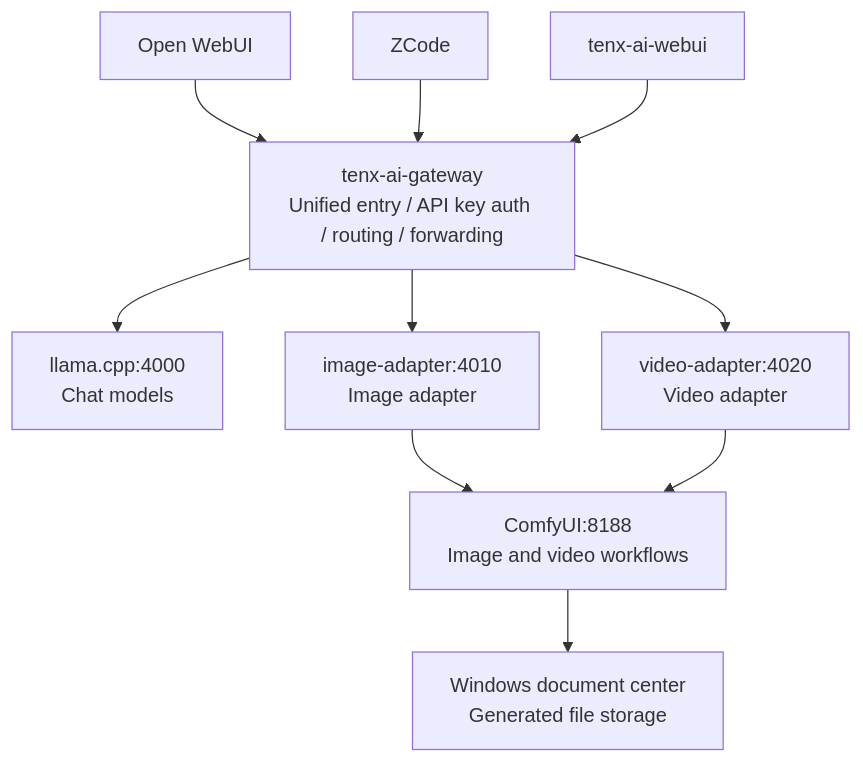
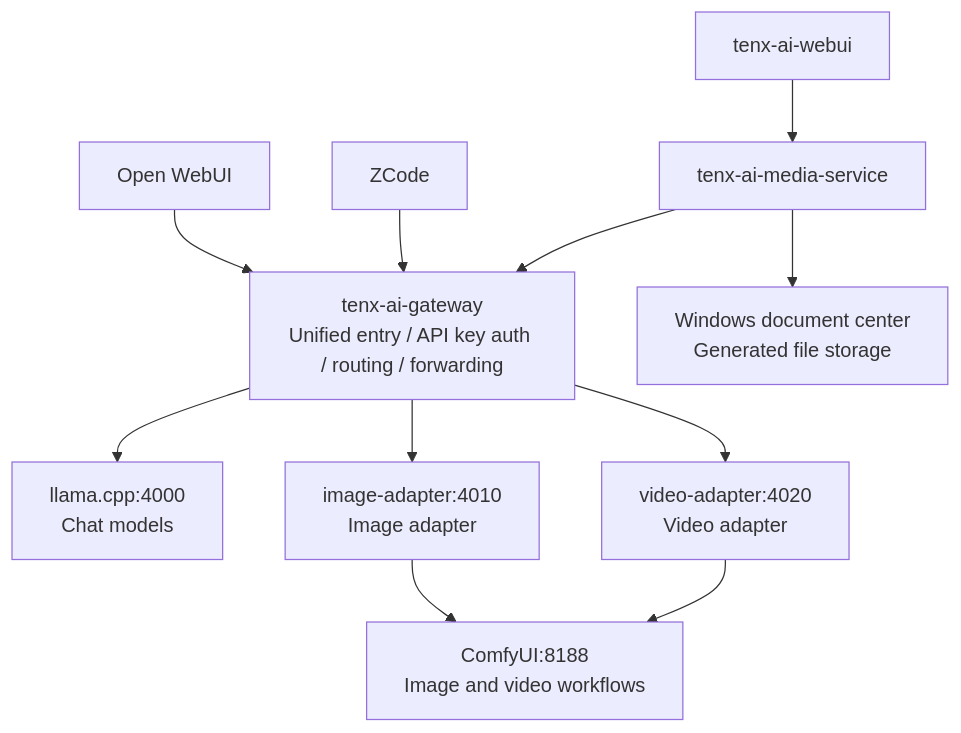
One commit to doudouli103-dot/tenx-ai-gateway changed the diagram in README.md. Above: the diagram before and after it, drawn with Mermaid. The commit also changed other lines of this file and 18 other files, not shown here.

````diff
--- a/README.md
+++ b/README.md
@@ -38,28 +38,30 @@
 ```mermaid
 flowchart TD
     A1[Open WebUI]
     A2[ZCode]
-    A3[tenx-ai-webui]
+    A3[tenx-ai-media-service]
+    A4[tenx-ai-webui]
 
     G[tenx-ai-gateway<br/>Unified entry / API key auth / routing / forwarding]
 
     T[llama.cpp:4000<br/>Chat models]
     IA[image-adapter:4010<br/>Image adapter]
     VA[video-adapter:4020<br/>Video adapter]
 
     C[ComfyUI:8188<br/>Image and video workflows]
     S[Windows document center<br/>Generated file storage]
 
     A1 --> G
     A2 --> G
+    A4 --> A3
     A3 --> G
 
     G --> T
     G --> IA
     G --> VA
 
     IA --> C
     VA --> C
 
-    C --> S
+    A3 --> S
 ```
````
